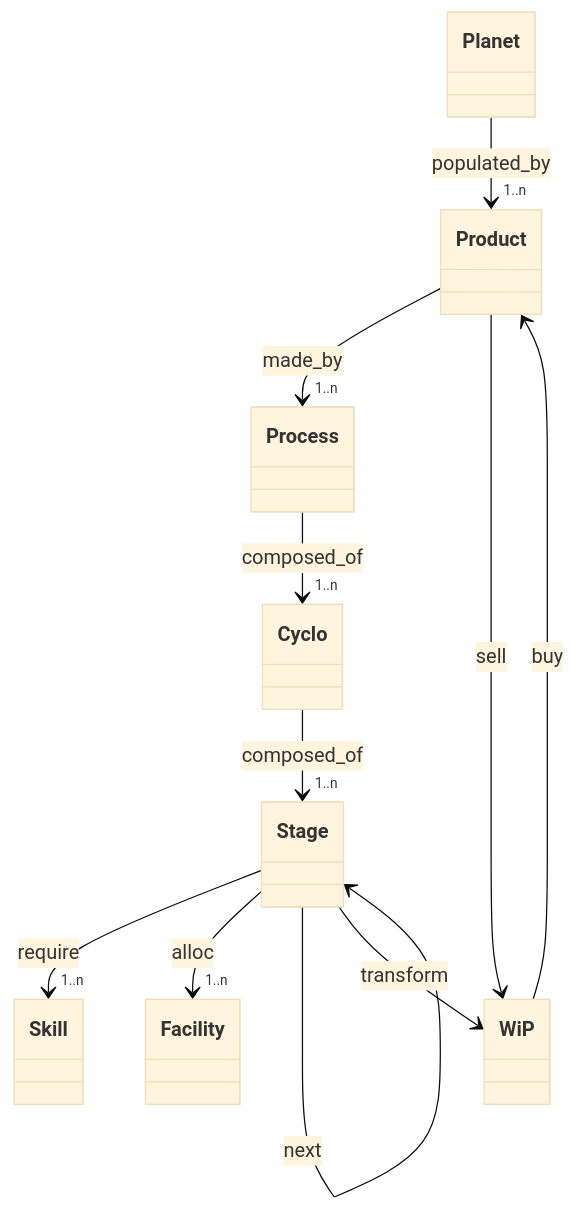
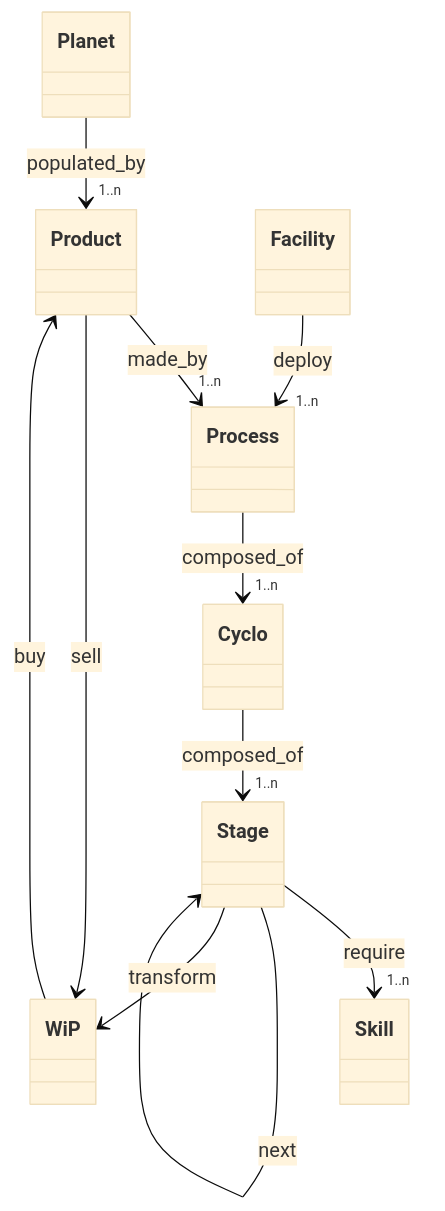
The diagram in content/docs/planet/model.md (bampli/specs), drawn with Mermaid (base theme) before and after one commit. The commit also changed 1 other file, not shown here.

Commit message:
rev model to focus on Planet & Company

```diff
--- a/content/docs/planet/model.md
+++ b/content/docs/planet/model.md
@@ -10,13 +10,13 @@
 {{< mermaid >}}
 classDiagram
     Planet --> "1..n" Product : populated_by
     Product --> "1..n" Process : made_by
+    Facility --> "1..n" Process : deploy
     Stage --> "1..n" Skill : require
-    Stage --> "1..n" Facility : alloc
     Process --> "1..n" Cyclo : composed_of
     Cyclo --> "1..n" Stage : composed_of
     Stage --> Stage : next
     WiP --> Product : buy
     Stage --> WiP : transform
     Product --> WiP : sell
 {{< /mermaid >}}
```
